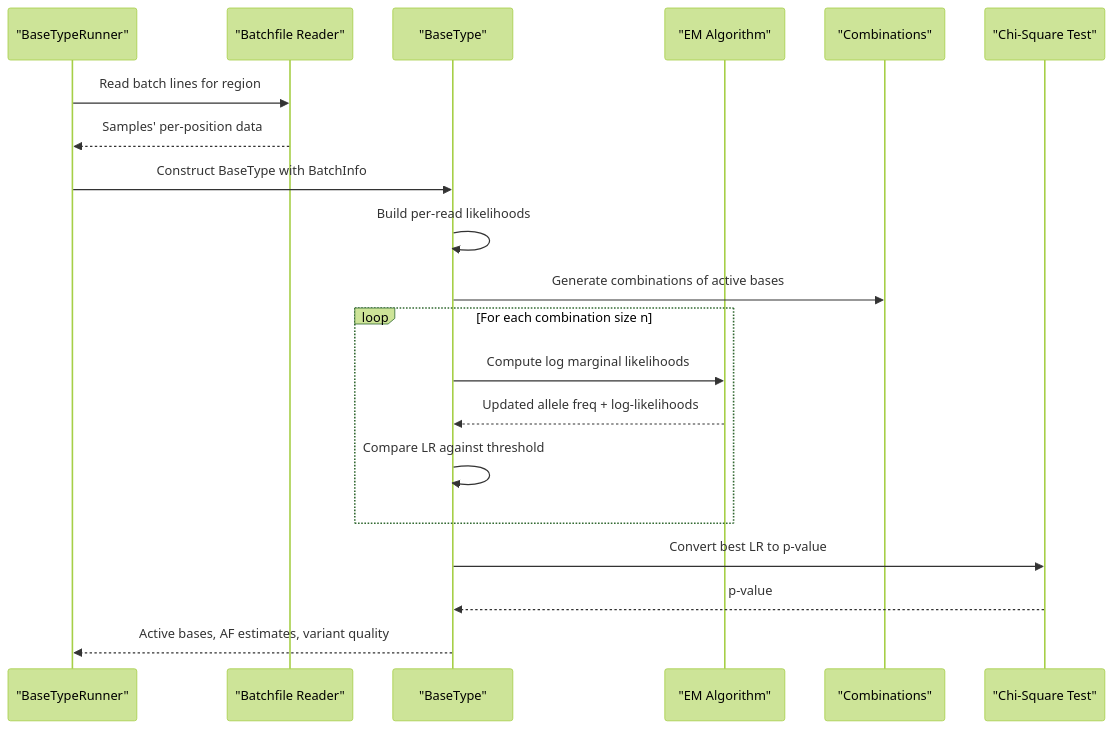
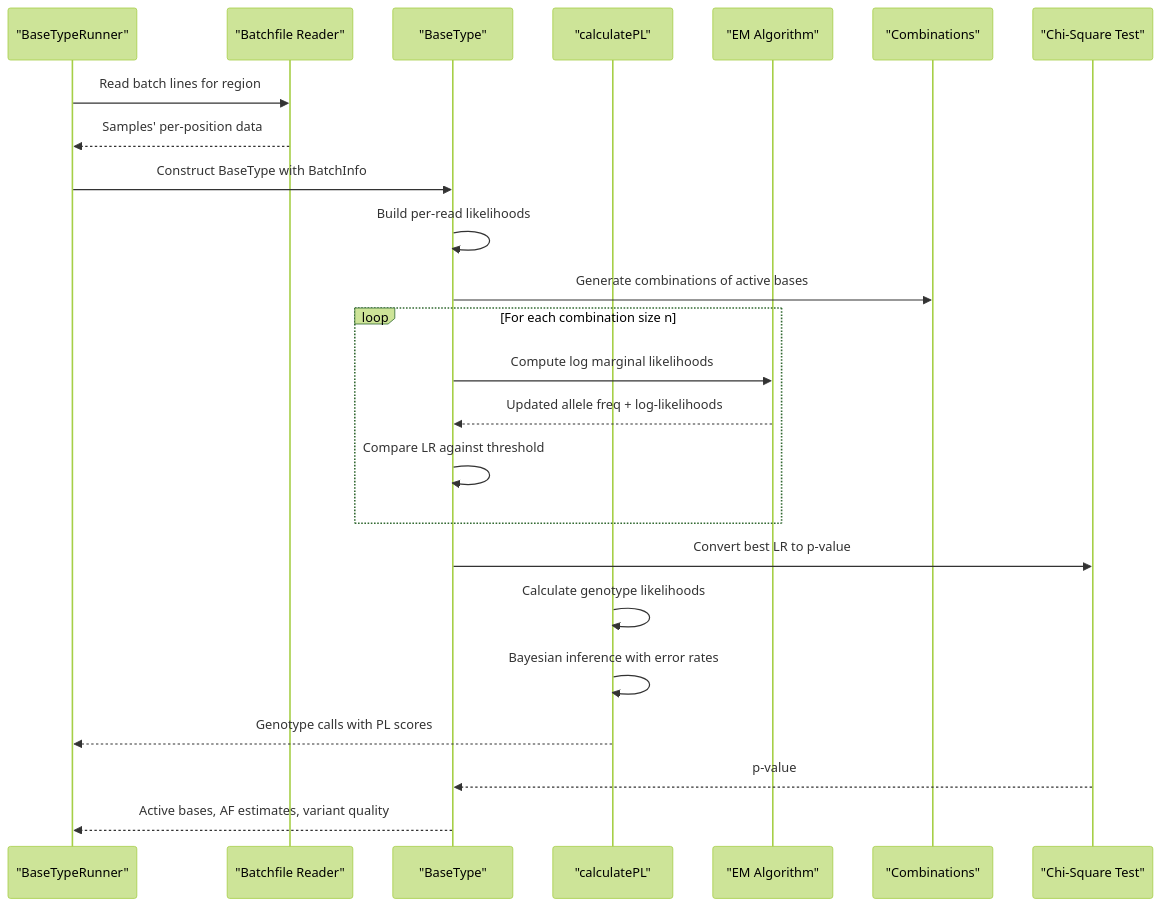
The second of 5 diagrams in .qoder/repowiki/en/content/Core Algorithm Architecture/Likelihood Ratio Testing Framework.md (ShujiaHuang/BaseVar2), drawn with Mermaid (forest theme) before and after one commit. The commit also changed other lines of this file and 6 other files, not shown here.

````diff
--- a/.qoder/repowiki/en/content/Core Algorithm Architecture/Likelihood Ratio Testing Framework.md
+++ b/.qoder/repowiki/en/content/Core Algorithm Architecture/Likelihood Ratio Testing Framework.md
@@ -81,22 +100,26 @@
 ```mermaid
 sequenceDiagram
 participant Runner as "BaseTypeRunner"
 participant Batch as "Batchfile Reader"
 participant BT as "BaseType"
+participant PL as "calculatePL"
 participant EM as "EM Algorithm"
 participant Comb as "Combinations"
 participant Chi as "Chi-Square Test"
 Runner->>Batch : Read batch lines for region
 Batch-->>Runner : Samples' per-position data
 Runner->>BT : Construct BaseType with BatchInfo
 BT->>BT : Build per-read likelihoods
 BT->>Comb : Generate combinations of active bases
 loop For each combination size n
 BT->>EM : Compute log marginal likelihoods
 EM-->>BT : Updated allele freq + log-likelihoods
 BT->>BT : Compare LR against threshold
 end
 BT->>Chi : Convert best LR to p-value
+PL->>PL : Calculate genotype likelihoods
+PL->>PL : Bayesian inference with error rates
+PL-->>Runner : Genotype calls with PL scores
 Chi-->>BT : p-value
 BT-->>Runner : Active bases, AF estimates, variant quality
 ```
````
